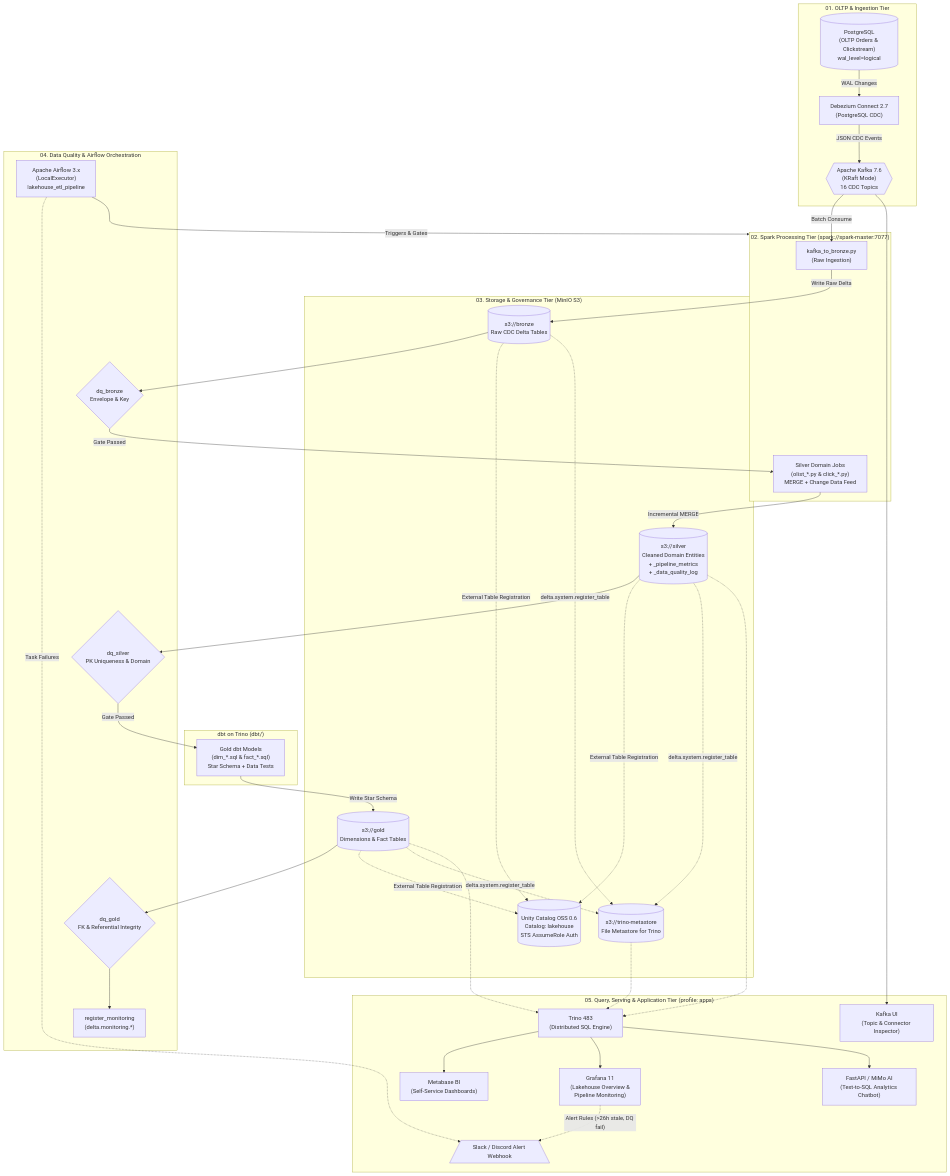
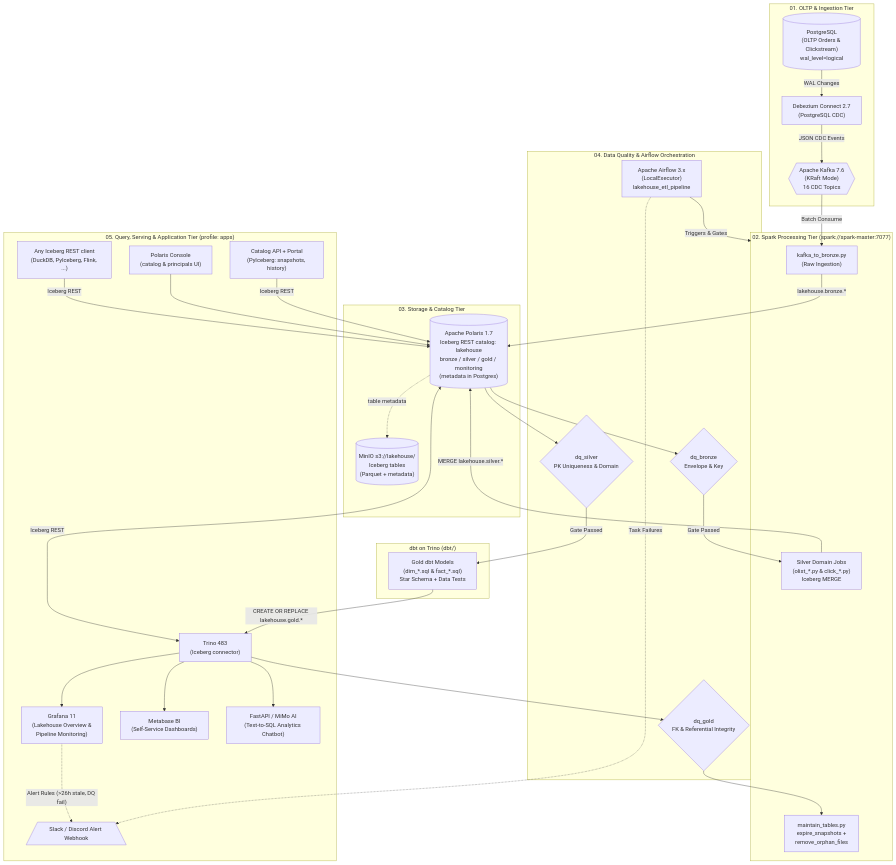
Before and after one commit to DucAn24/lakehouse_docker: the diagram in README.md, drawn with Mermaid. The commit also changed other lines of this file and 5 other files, not shown here.

````diff
--- a/README.md
+++ b/README.md
@@ -54,78 +56,70 @@
 ```mermaid
 flowchart TB
     subgraph DataTier["01. OLTP & Ingestion Tier"]
         PG[("PostgreSQL\n(OLTP Orders & Clickstream)\nwal_level=logical")]
         DEB["Debezium Connect 2.7\n(PostgreSQL CDC)"]
         KAFKA{{"Apache Kafka 7.6\n(KRaft Mode)\n16 CDC Topics"}}
         PG -->|"WAL Changes"| DEB
         DEB -->|"JSON CDC Events"| KAFKA
     end
 
     subgraph SparkProcessing["02. Spark Processing Tier (spark://spark-master:7077)"]
         K2B["kafka_to_bronze.py\n(Raw Ingestion)"]
-        B2S["Silver Domain Jobs\n(olist_*.py & click_*.py)\nMERGE + Change Data Feed"]
+        B2S["Silver Domain Jobs\n(olist_*.py & click_*.py)\nIceberg MERGE"]
+        MAINT["maintain_tables.py\nexpire_snapshots +\nremove_orphan_files"]
     end
 
     subgraph DbtModels["dbt on Trino (dbt/)"]
         S2G["Gold dbt Models\n(dim_*.sql & fact_*.sql)\nStar Schema + Data Tests"]
     end
 
-    subgraph LakehouseStorage["03. Storage & Governance Tier (MinIO S3)"]
-        BRONZE[("s3://bronze\nRaw CDC Delta Tables")]
-        SILVER[("s3://silver\nCleaned Domain Entities\n+ _pipeline_metrics\n+ _data_quality_log")]
-        GOLD[("s3://gold\nDimensions & Fact Tables")]
-        METASTORE[("s3://trino-metastore\nFile Metastore for Trino")]
-        UC[("Unity Catalog OSS 0.6\nCatalog: lakehouse\nSTS AssumeRole Auth")]
+    subgraph LakehouseStorage["03. Storage & Catalog Tier"]
+        POLARIS[("Apache Polaris 1.7\nIceberg REST catalog: lakehouse\nbronze / silver / gold / monitoring\n(metadata in Postgres)")]
+        S3[("MinIO s3://lakehouse/\nIceberg tables\n(Parquet + metadata)")]
+        POLARIS -.->|"table metadata"| S3
     end
 
     subgraph QualityGates["04. Data Quality & Airflow Orchestration"]
         AF["Apache Airflow 3.x\n(LocalExecutor)\nlakehouse_etl_pipeline"]
         DQB{"dq_bronze\nEnvelope & Key"}
         DQS{"dq_silver\nPK Uniqueness & Domain"}
         DQG{"dq_gold\nFK & Referential Integrity"}
-        REGM["register_monitoring\n(delta.monitoring.*)"]
     end
 
     subgraph ServingTier["05. Query, Serving & Application Tier (profile: apps)"]
-        TRINO["Trino 483\n(Distributed SQL Engine)"]
+        TRINO["Trino 483\n(Iceberg connector)"]
         GRAFANA["Grafana 11\n(Lakehouse Overview &\nPipeline Monitoring)"]
         METABASE["Metabase BI\n(Self-Service Dashboards)"]
-        KAFKAUI["Kafka UI\n(Topic & Connector Inspector)"]
         FASTAPI["FastAPI / MiMo AI\n(Text-to-SQL Analytics Chatbot)"]
+        CATAPI["Catalog API + Portal\n(PyIceberg: snapshots, history)"]
+        CONSOLE["Polaris Console\n(catalog & principals UI)"]
+        EXT["Any Iceberg REST client\n(DuckDB, PyIceberg, Flink, ...)"]
         WEBHOOK[/"Slack / Discord Alert Webhook"\]
     end
 
-    %% Ingestion Flow
+    %% Pipeline
     KAFKA -->|"Batch Consume"| K2B
-    K2B -->|"Write Raw Delta"| BRONZE
-    BRONZE --> DQB
+    K2B -->|"lakehouse.bronze.*"| POLARIS
+    POLARIS --> DQB
     DQB -->|"Gate Passed"| B2S
-    B2S -->|"Incremental MERGE"| SILVER
-    SILVER --> DQS
+    B2S -->|"MERGE lakehouse.silver.*"| POLARIS
+    POLARIS --> DQS
     DQS -->|"Gate Passed"| S2G
-    S2G -->|"Write Star Schema"| GOLD
-    GOLD --> DQG
-    DQG --> REGM
+    S2G -->|"CREATE OR REPLACE lakehouse.gold.*"| TRINO
+    TRINO --> DQG
+    DQG --> MAINT
 
-    %% Catalog registrations
-    BRONZE -.->|"External Table Registration"| UC
-    SILVER -.->|"External Table Registration"| UC
-    GOLD -.->|"External Table Registration"| UC
-    BRONZE -.->|"delta.system.register_table"| METASTORE
-    SILVER -.->|"delta.system.register_table"| METASTORE
-    GOLD -.->|"delta.system.register_table"| METASTORE
-
-    %% Serving
-    METASTORE -.-> TRINO
-    GOLD -.-> TRINO
-    SILVER -.-> TRINO
+    %% Serving: one catalog, no registration step
+    TRINO <-->|"Iceberg REST"| POLARIS
+    CATAPI -->|"Iceberg REST"| POLARIS
+    CONSOLE --> POLARIS
+    EXT -->|"Iceberg REST"| POLARIS
     TRINO --> METABASE
     TRINO --> GRAFANA
     TRINO --> FASTAPI
-    KAFKA --> KAFKAUI
 
     %% Orchestration & Alerting
     AF -->|"Triggers & Gates"| SparkProcessing
     AF -.->|"Task Failures"| WEBHOOK
     GRAFANA -.->|"Alert Rules (>26h stale, DQ fail)"| WEBHOOK
 ```
````
